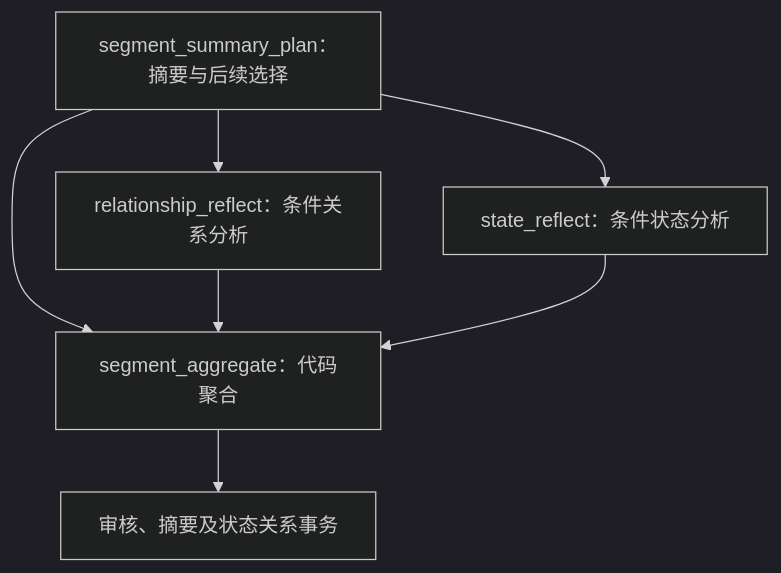
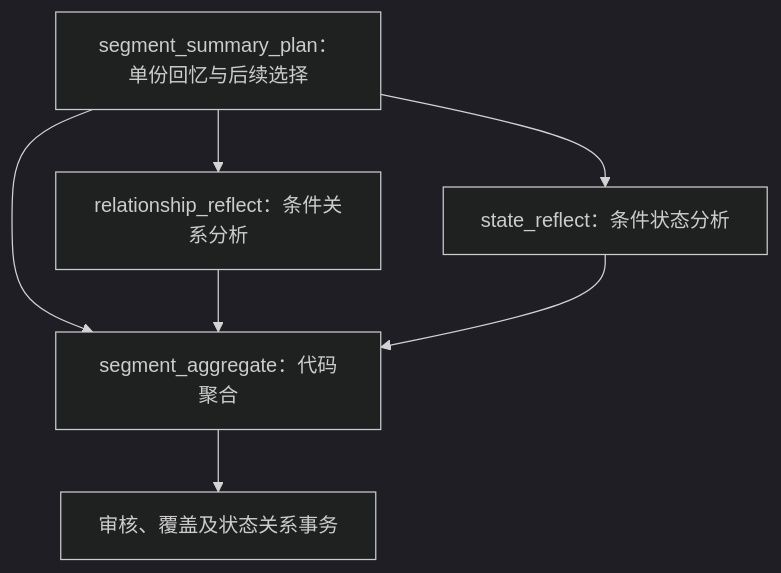
Before and after one commit to Weilan0811/echo-commons: the diagram in server/docs/design/reflection/segment-reflect.md, drawn with Mermaid (dark theme). The commit also changed other lines of this file and 121 other files, not shown here.

````diff
--- a/server/docs/design/reflection/segment-reflect.md
+++ b/server/docs/design/reflection/segment-reflect.md
@@ -13,9 +11,9 @@
 ```mermaid
 flowchart TD
-    S[segment_summary_plan：摘要与后续选择] --> R[relationship_reflect：条件关系分析]
+    S[segment_summary_plan：单份回忆与后续选择] --> R[relationship_reflect：条件关系分析]
     S --> T[state_reflect：条件状态分析]
     S --> A[segment_aggregate：代码聚合]
     R --> A
     T --> A
-    A --> W[审核、摘要及状态关系事务]
+    A --> W[审核、覆盖及状态关系事务]
 ```
````
